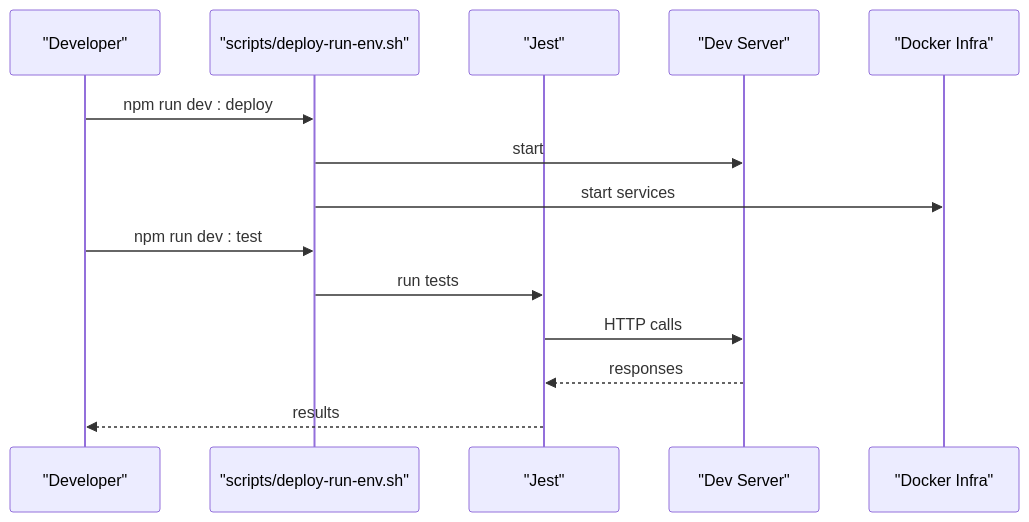
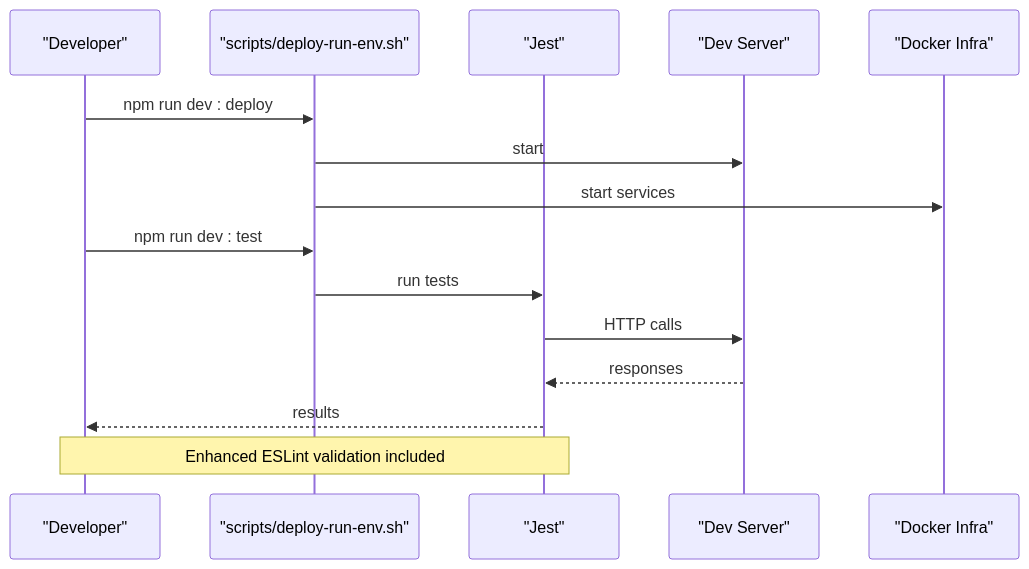
Before and after one commit to debian777/kairos-mcp: the fifth of 8 diagrams in .qoder/repowiki/en/content/Contributing & Development.md, drawn with Mermaid. The commit also changed other lines of this file and 3 other files, not shown here.

````diff
--- a/.qoder/repowiki/en/content/Contributing & Development.md
+++ b/.qoder/repowiki/en/content/Contributing & Development.md
@@ -206,16 +227,17 @@
 ```mermaid
 sequenceDiagram
 participant Dev as "Developer"
 participant Script as "scripts/deploy-run-env.sh"
 participant Jest as "Jest"
 participant App as "Dev Server"
 participant Infra as "Docker Infra"
 Dev->>Script : npm run dev : deploy
 Script->>App : start
 Script->>Infra : start services
 Dev->>Script : npm run dev : test
 Script->>Jest : run tests
 Jest->>App : HTTP calls
 App-->>Jest : responses
 Jest-->>Dev : results
+Note over Dev,Jest : Enhanced ESLint validation included
 ```
````
